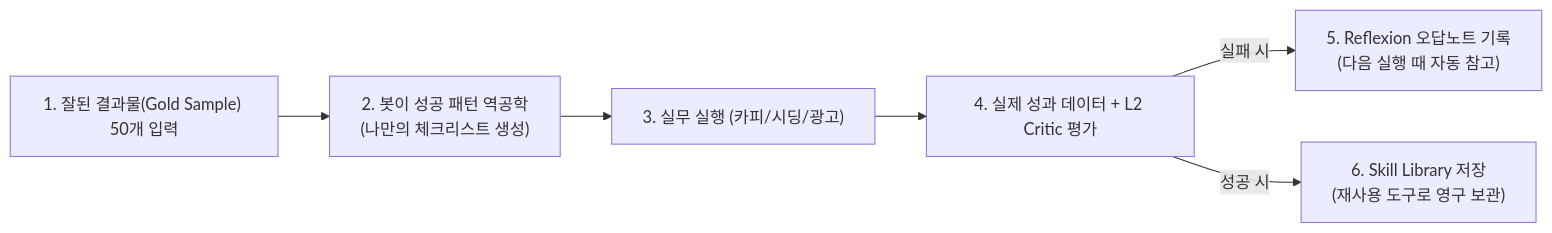
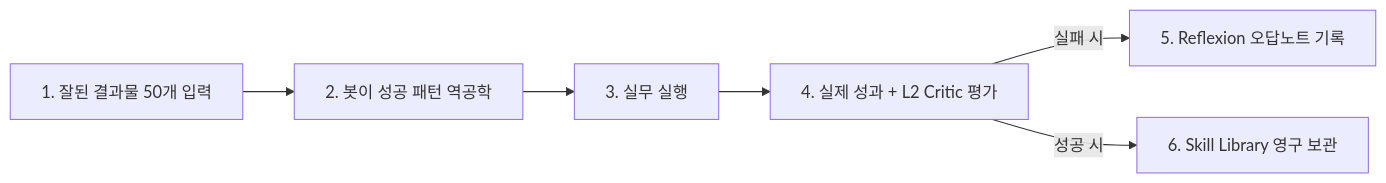
The second of 2 diagrams in STUDY_CURRICULUM.md (workzeroai/agent-job-descriptions), drawn with Mermaid before and after one commit. The commit also changed other lines of this file and 21 other files, not shown here.

````diff
--- a/STUDY_CURRICULUM.md
+++ b/STUDY_CURRICULUM.md
@@ -112,8 +112,8 @@
 ```mermaid
 flowchart LR
-    G["1. 잘된 결과물(Gold Sample) 50개 입력"] --> D["2. 봇이 성공 패턴 역공학<br/>(나만의 체크리스트 생성)"]
-    D --> RUN["3. 실무 실행 (카피/시딩/광고)"]
-    RUN --> KPI["4. 실제 성과 데이터 + L2 Critic 평가"]
-    KPI -->|실패 시| REF["5. Reflexion 오답노트 기록<br/>(다음 실행 때 자동 참고)"]
-    KPI -->|성공 시| SKILL["6. Skill Library 저장<br/>(재사용 도구로 영구 보관)"]
+    G["1. 잘된 결과물 50개 입력"] --> D["2. 봇이 성공 패턴 역공학"]
+    D --> RUN["3. 실무 실행"]
+    RUN --> KPI["4. 실제 성과 + L2 Critic 평가"]
+    KPI -->|실패 시| REF["5. Reflexion 오답노트 기록"]
+    KPI -->|성공 시| SKILL["6. Skill Library 영구 보관"]
 ```
````
